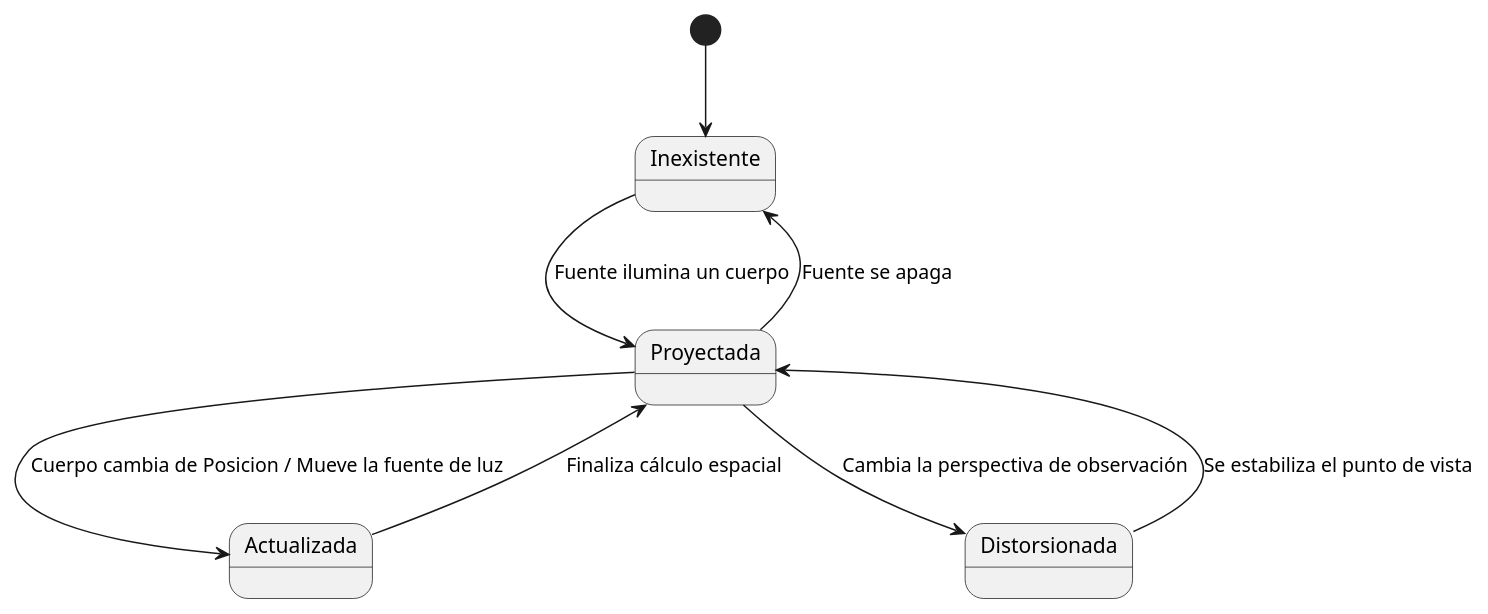
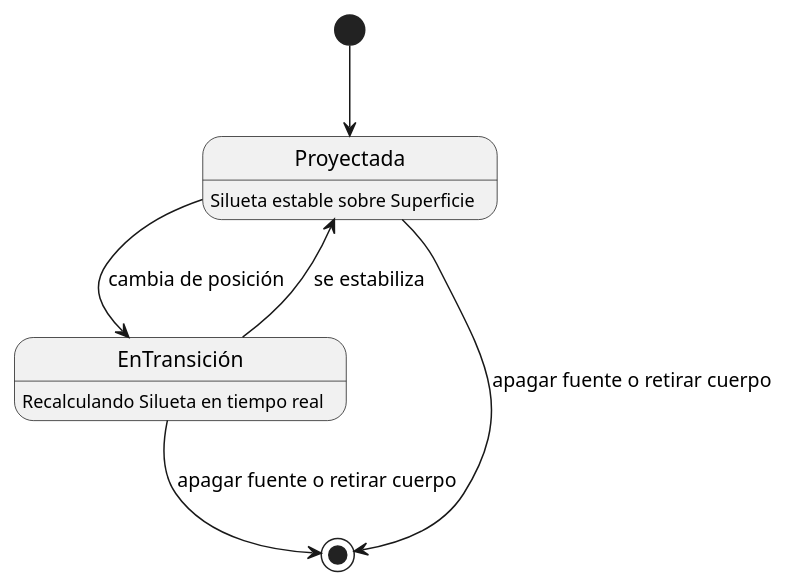
One commit to carlos-alvarado-25/26-27-idsw1 changed the diagram in entregas/alvaradoCarlos/modelosUML/diagramaDeEstados.puml. Above: the diagram before and after it, drawn with PlantUML. The commit also changed 7 other files, not shown here.

```diff
--- a/entregas/alvaradoCarlos/modelosUML/diagramaDeEstados.puml
+++ b/entregas/alvaradoCarlos/modelosUML/diagramaDeEstados.puml
@@ -1,13 +1,14 @@
 @startuml
-[*] --> Inexistente
+[*] --> Proyectada
 
-Inexistente --> Proyectada : Fuente ilumina un cuerpo
-Proyectada --> Actualizada : Cuerpo cambia de Posicion / Mueve la fuente de luz
-Actualizada --> Proyectada : Finaliza cálculo espacial
+state "Proyectada" as Proyectada : Silueta estable sobre Superficie
+state "EnTransición" as Dinamica : Recalculando Silueta en tiempo real
 
-Proyectada --> Distorsionada : Cambia la perspectiva de observación
-Distorsionada --> Proyectada : Se estabiliza el punto de vista
+Proyectada --> Dinamica : cambia de posición
+Dinamica --> Proyectada : se estabiliza
 
-Proyectada --> Inexistente : Fuente se apaga
+' Finalización del ciclo por eliminación de causas
+Proyectada --> [*] : apagar fuente o retirar cuerpo
+Dinamica --> [*] : apagar fuente o retirar cuerpo
 
 @enduml
```
